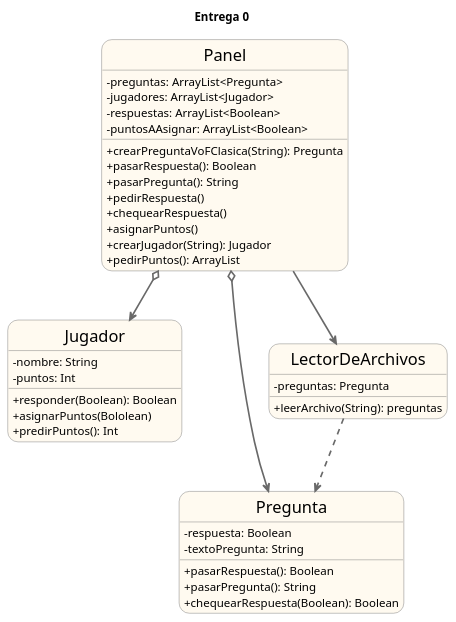
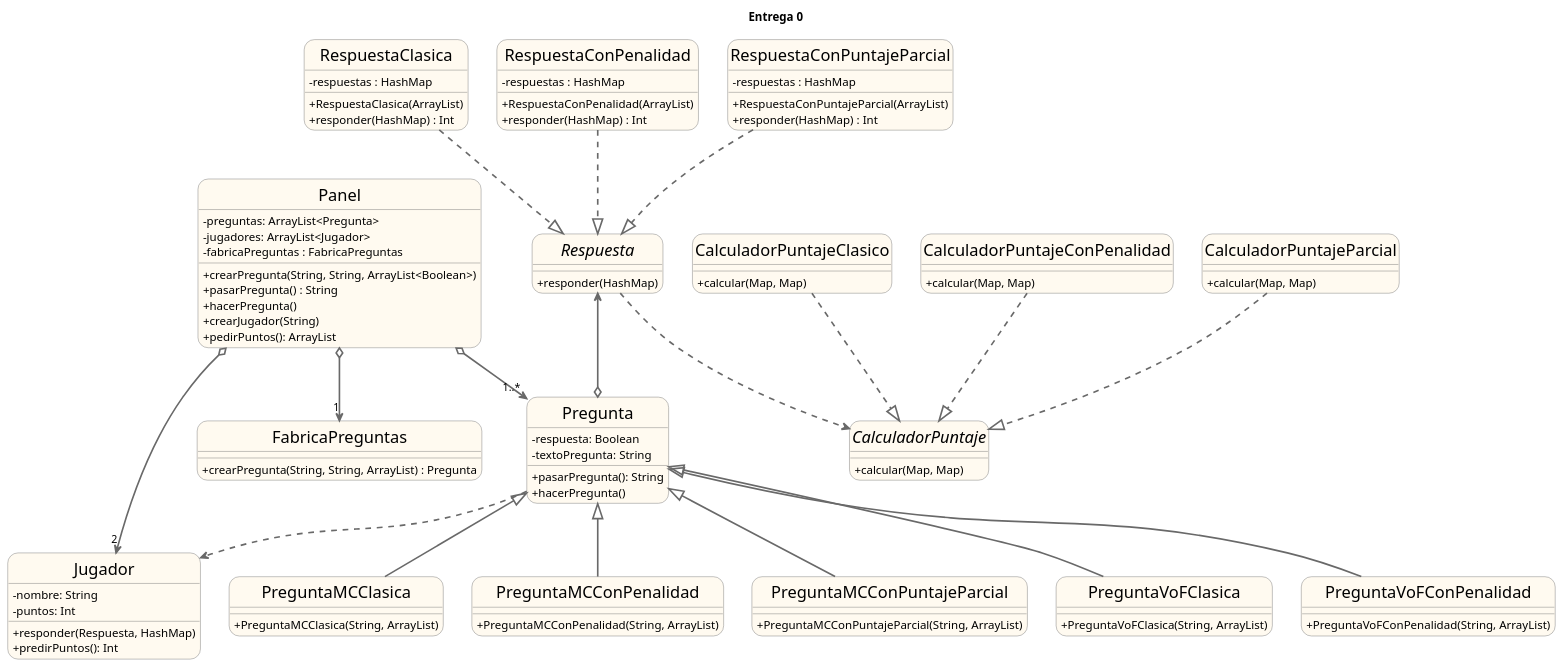
Before and after one commit to fvazquezf/TP_2_Algo_3: the diagram in UML/Diagrama de clases/Entraga0_diagramaClases.puml, drawn with PlantUML.

Commit message:
Actualizo diagrama de clases

```diff
--- a/UML/Diagrama de clases/Entraga0_diagramaClases.puml
+++ b/UML/Diagrama de clases/Entraga0_diagramaClases.puml
@@ -1,59 +1,124 @@
 @startuml TP2
 
 title Entrega 0
 
 hide circle
 skinparam classAttributeIconSize 0
 skinparam roundcorner 25
 skinparam sequenceArrowThickness 2
 skinparam classFontSize 20
 
 skinparam class {
 BackgroundColor FloralWhite
 ArrowColor DimGray
 BorderColor DimGray
 }
 
 class Panel{
        - preguntas: ArrayList<Pregunta>
        - jugadores: ArrayList<Jugador>
-       - respuestas: ArrayList<Boolean>
-       - puntosAAsignar: ArrayList<Boolean>
-       + crearPreguntaVoFClasica(String): Pregunta
-       + pasarRespuesta(): Boolean
-       + pasarPregunta(): String
-       + pedirRespuesta()
-       + chequearRespuesta()
-       + asignarPuntos()
-       + crearJugador(String): Jugador
+       - fabricaPreguntas : FabricaPreguntas
+       + crearPregunta(String, String, ArrayList<Boolean>)
+       + pasarPregunta() : String
+       + hacerPregunta()
+       + crearJugador(String)
        + pedirPuntos(): ArrayList
 }
 
 class Jugador{
         - nombre: String
         - puntos: Int
-        + responder(Boolean): Boolean
-        + asignarPuntos(Bololean)
+        + responder(Respuesta, HashMap)
         + predirPuntos(): Int
 }
 
 
 class Pregunta{
         - respuesta: Boolean
         - textoPregunta: String
-        + pasarRespuesta(): Boolean
         + pasarPregunta(): String
-        + chequearRespuesta(Boolean): Boolean
+        + hacerPregunta()
 }
 
-class LectorDeArchivos{
-        -preguntas: Pregunta
-        +leerArchivo(String): preguntas
+interface CalculadorPuntaje{
+        +calcular(Map, Map)
 }
 
-Panel o--> Jugador
-Panel o--> Pregunta
-Panel --> LectorDeArchivos
-LectorDeArchivos ..> Pregunta
+class CalculadorPuntajeClasico{
+        +calcular(Map, Map)
+}
+
+class CalculadorPuntajeConPenalidad{
+        +calcular(Map, Map)
+}
+
+class CalculadorPuntajeParcial{
+        +calcular(Map, Map)
+}
+
+class FabricaPreguntas{
+        +crearPregunta(String, String, ArrayList) : Pregunta
+}
+
+class PreguntaMCClasica{
+        +PreguntaMCClasica(String, ArrayList)
+}
+
+class PreguntaMCConPenalidad{
+        +PreguntaMCConPenalidad(String, ArrayList)
+}
+
+class PreguntaMCConPuntajeParcial{
+        +PreguntaMCConPuntajeParcial(String, ArrayList)
+}
+
+class PreguntaVoFClasica{
+        +PreguntaVoFClasica(String, ArrayList)
+}
+
+class PreguntaVoFConPenalidad{
+        +PreguntaVoFConPenalidad(String, ArrayList)
+}
+
+interface Respuesta{
+        +responder(HashMap)
+}
+
+class RespuestaClasica{
+        -respuestas : HashMap
+        +RespuestaClasica(ArrayList)
+        +responder(HashMap) : Int
+}
+
+class RespuestaConPenalidad{
+        -respuestas : HashMap
+        +RespuestaConPenalidad(ArrayList)
+        +responder(HashMap) : Int
+}
+
+class RespuestaConPuntajeParcial{
+        -respuestas : HashMap
+        +RespuestaConPuntajeParcial(ArrayList)
+        +responder(HashMap) : Int
+}
+
+Panel o-down->"2" Jugador
+Panel o-->"1..*" Pregunta
+Panel o-->"1" FabricaPreguntas
+Pregunta o-up-> Respuesta
+Pregunta ..> Jugador
+Respuesta ..> CalculadorPuntaje
+CalculadorPuntajeClasico ..|> CalculadorPuntaje
+CalculadorPuntajeConPenalidad ..|> CalculadorPuntaje
+CalculadorPuntajeParcial ..|> CalculadorPuntaje
+PreguntaMCClasica -up-|> Pregunta
+PreguntaMCConPenalidad -up-|> Pregunta
+PreguntaMCConPuntajeParcial -up-|> Pregunta
+PreguntaVoFClasica -up-|> Pregunta
+PreguntaVoFConPenalidad -up-|> Pregunta
+RespuestaClasica ..|> Respuesta
+RespuestaConPenalidad ..|> Respuesta
+RespuestaConPuntajeParcial ..|> Respuesta
+
 
 @enduml
```
